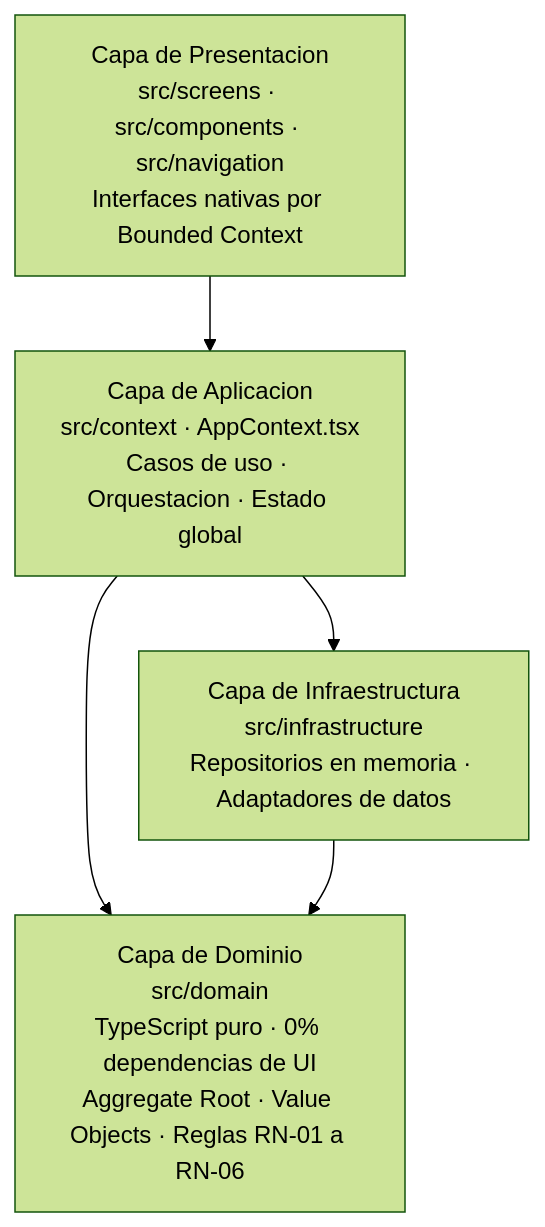
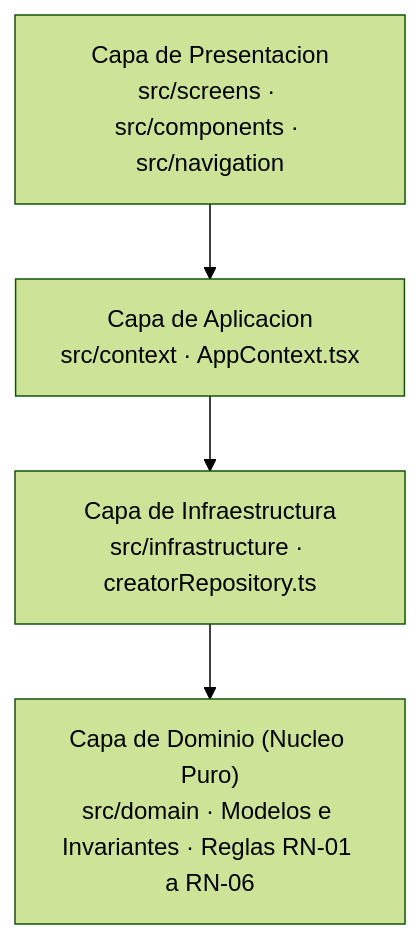
Before and after one commit to JessielCH/BrandFit: the first of 2 diagrams in ARCHITECTURE.md, drawn with Mermaid (forest theme). The commit also changed other lines of this file and 1 other file, not shown here.

Commit message:
docs: clean up README, remove aspect ratio section and architecture bloat, straighten Mermaid diagrams

````diff
--- a/ARCHITECTURE.md
+++ b/ARCHITECTURE.md
@@ -20,12 +18,11 @@
 ```mermaid
-graph TD
-    P["Capa de Presentacion\nsrc/screens · src/components · src/navigation\nInterfaces nativas por Bounded Context"]
-    A["Capa de Aplicacion\nsrc/context · AppContext.tsx\nCasos de uso · Orquestacion · Estado global"]
-    I["Capa de Infraestructura\nsrc/infrastructure\nRepositorios en memoria · Adaptadores de datos"]
-    D["Capa de Dominio\nsrc/domain\nTypeScript puro · 0% dependencias de UI\nAggregate Root · Value Objects · Reglas RN-01 a RN-06"]
+flowchart TD
+    P["Capa de Presentacion\nsrc/screens · src/components · src/navigation"]
+    A["Capa de Aplicacion\nsrc/context · AppContext.tsx"]
+    I["Capa de Infraestructura\nsrc/infrastructure · creatorRepository.ts"]
+    D["Capa de Dominio (Nucleo Puro)\nsrc/domain · Modelos e Invariantes · Reglas RN-01 a RN-06"]
 
     P --> A
     A --> I
-    A --> D
     I --> D
 ```
````
